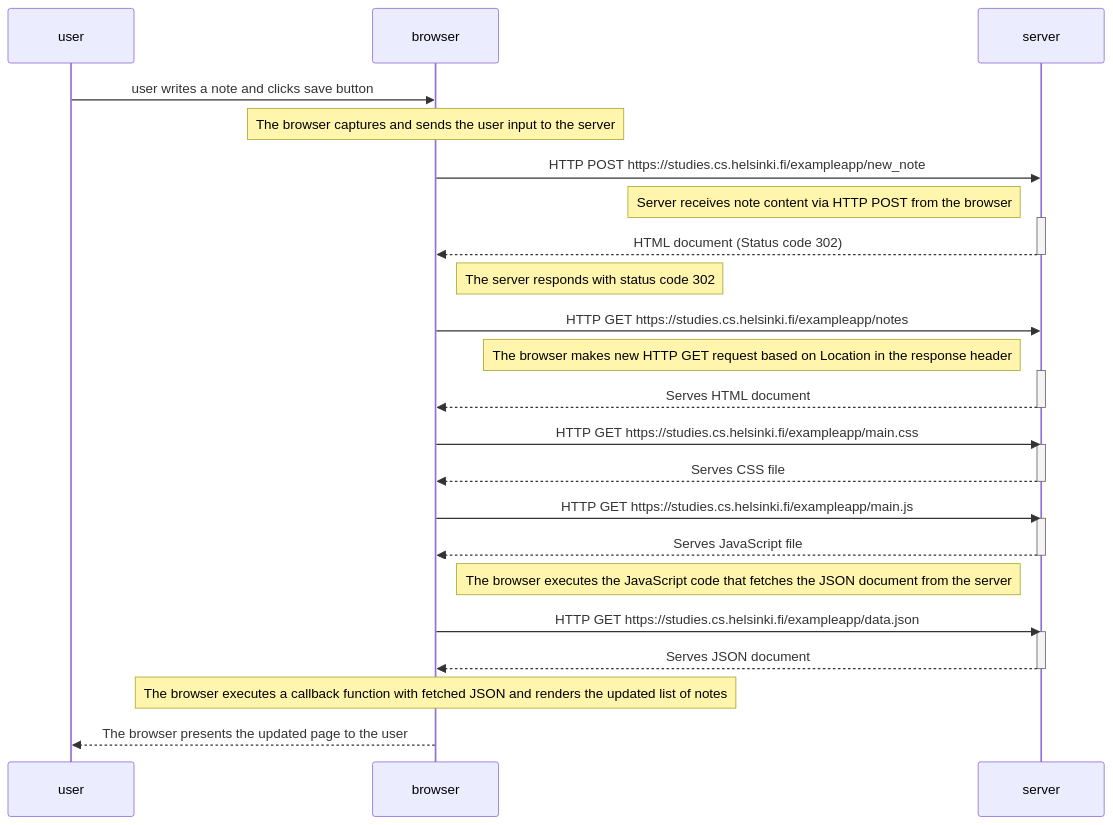
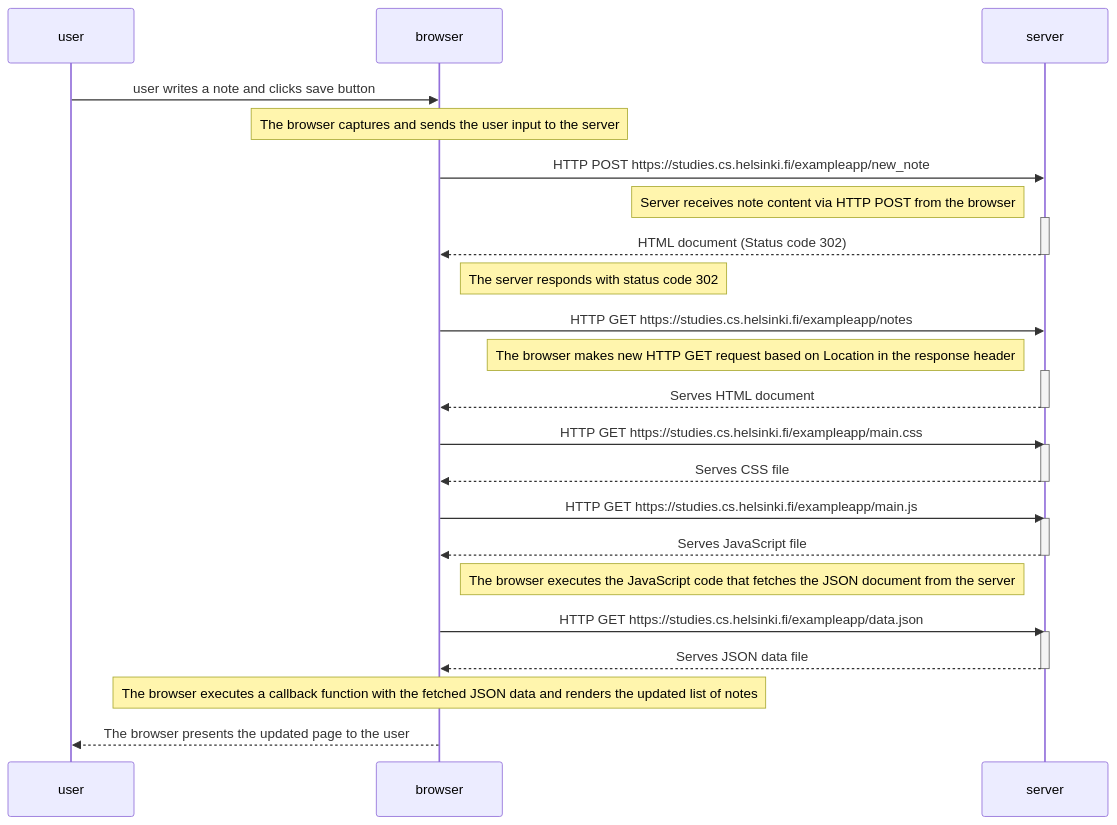
The diagram in new-note-diagram/new-note-diagram.md (serfoll/fso_part0), drawn with Mermaid before and after one commit.

Commit message:
changed JSON document -> JSON data file

````diff
--- a/new-note-diagram/new-note-diagram.md
+++ b/new-note-diagram/new-note-diagram.md
@@ -1,52 +1,52 @@
 ```mermaid
 sequenceDiagram
 participant user
 participant browser
 participant server
 
   user->>browser: user writes a note and clicks save button
 
   Note over browser: The browser captures and sends the user input to the server
 
   browser->>server: HTTP POST https://studies.cs.helsinki.fi/exampleapp/new_note
 
   Note left of server: Server receives note content via HTTP POST from the browser
 
   activate server
   server-->>browser: HTML document (Status code 302)
   deactivate server
 
   Note right of browser: The server responds with status code 302
 
   browser->>server: HTTP GET https://studies.cs.helsinki.fi/exampleapp/notes
 
   Note left of server: The browser makes new HTTP GET request based on Location in the response header
 
   activate server
   server-->>browser: Serves HTML document
   deactivate server
 
   browser->>server: HTTP GET https://studies.cs.helsinki.fi/exampleapp/main.css
 
   activate server
   server-->>browser: Serves CSS file
   deactivate server
 
   browser->>server: HTTP GET https://studies.cs.helsinki.fi/exampleapp/main.js
 
   activate server
   server-->>browser: Serves JavaScript file
   deactivate server
 
   Note right of browser: The browser executes the JavaScript code that fetches the JSON document from the server
 
   browser->>server: HTTP GET https://studies.cs.helsinki.fi/exampleapp/data.json
 
   activate server
-  server-->>browser: Serves JSON document
+  server-->>browser: Serves JSON data file
   deactivate server
 
-  Note over browser: The browser executes a callback function with fetched JSON and renders the updated list of notes
+  Note over browser: The browser executes a callback function with the fetched JSON data and renders the updated list of notes
 
   browser-->>user: The browser presents the updated page to the user
 ```
````
